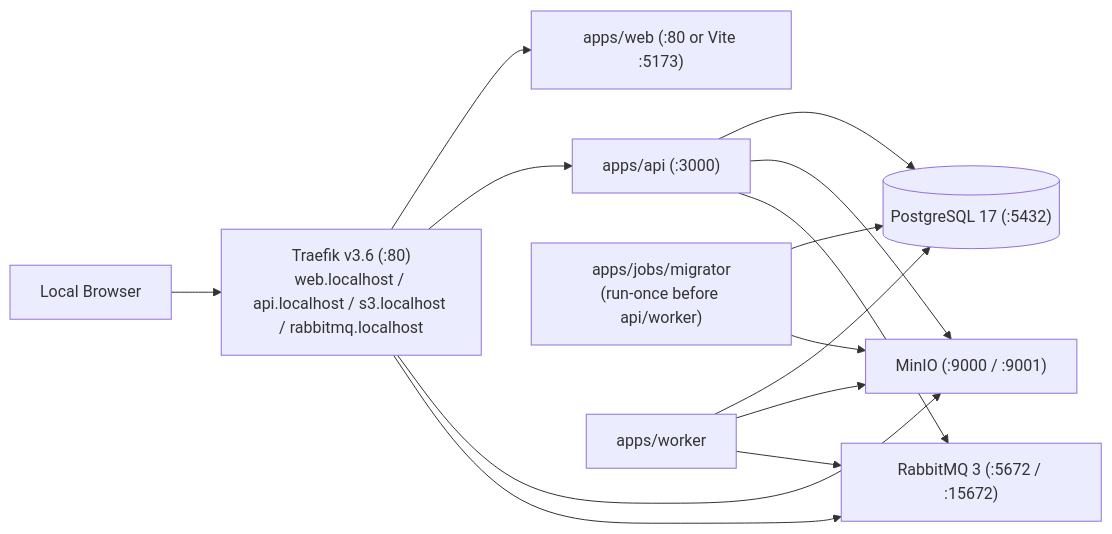
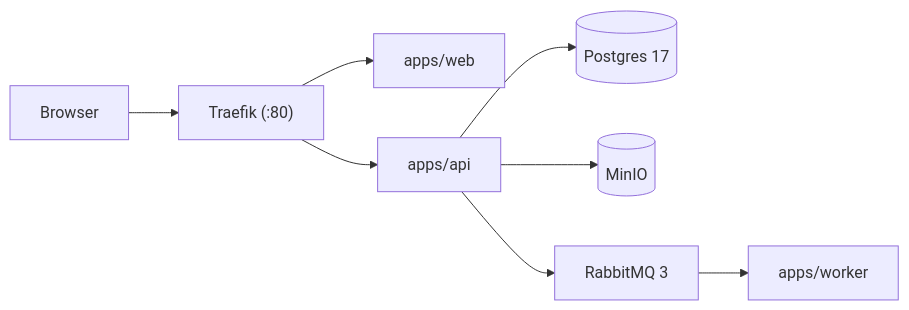
One commit to jlevigt/health-vitals changed the third of 3 diagrams in docs/architecture/deployment.md. Above: the diagram before and after it, drawn with Mermaid. The commit also changed other lines of this file and 4 other files, not shown here.

Commit message:
docs(architecture): split C4 diagrams into focused single-intent views

````diff
--- a/docs/architecture/deployment.md
+++ b/docs/architecture/deployment.md
@@ -66,17 +44,10 @@
 ```mermaid
 flowchart LR
-    DevBrowser["Local Browser"] --> Traefik["Traefik v3.6 (:80)\nweb.localhost / api.localhost / s3.localhost / rabbitmq.localhost"]
-    Traefik --> WebLocal["apps/web (:80 or Vite :5173)"]
-    Traefik --> ApiLocal["apps/api (:3000)"]
-    Traefik --> MinIO["MinIO (:9000 / :9001)"]
-    Traefik --> RMQLocal["RabbitMQ 3 (:5672 / :15672)"]
-
-    MigratorLocal["apps/jobs/migrator\n(run-once before api/worker)"] --> PGLocal[("PostgreSQL 17 (:5432)")]
-    MigratorLocal --> MinIO
-    ApiLocal --> PGLocal
-    ApiLocal --> MinIO
-    ApiLocal --> RMQLocal
-    WorkerLocal["apps/worker"] --> PGLocal
-    WorkerLocal --> MinIO
-    WorkerLocal --> RMQLocal
+    Browser["Browser"] --> Traefik["Traefik (:80)"]
+    Traefik --> Web["apps/web"]
+    Traefik --> API["apps/api"]
+    API --> PG[("Postgres 17")]
+    API --> MinIO[("MinIO")]
+    API --> RMQ["RabbitMQ 3"]
+    RMQ --> Worker["apps/worker"]
 ```
````
